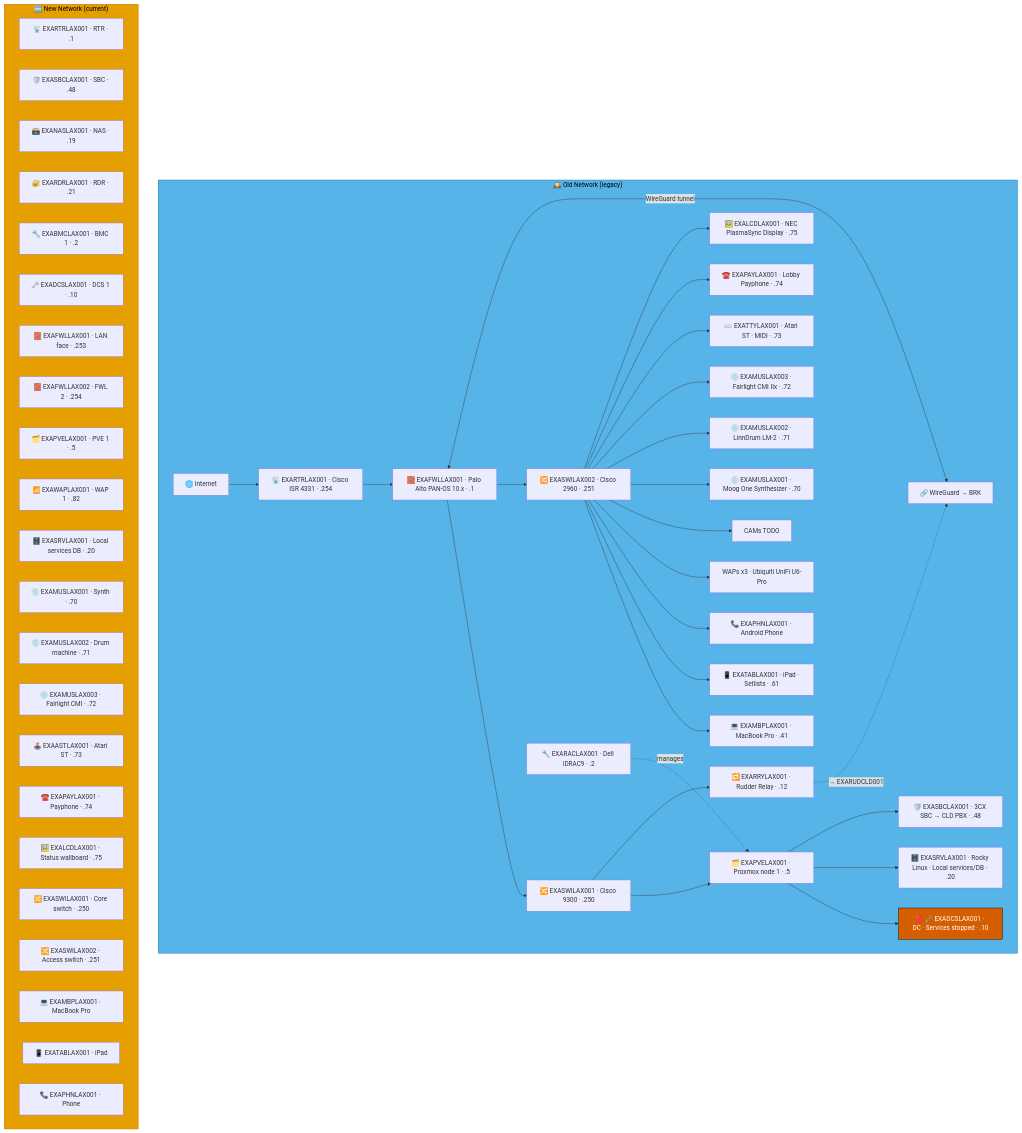
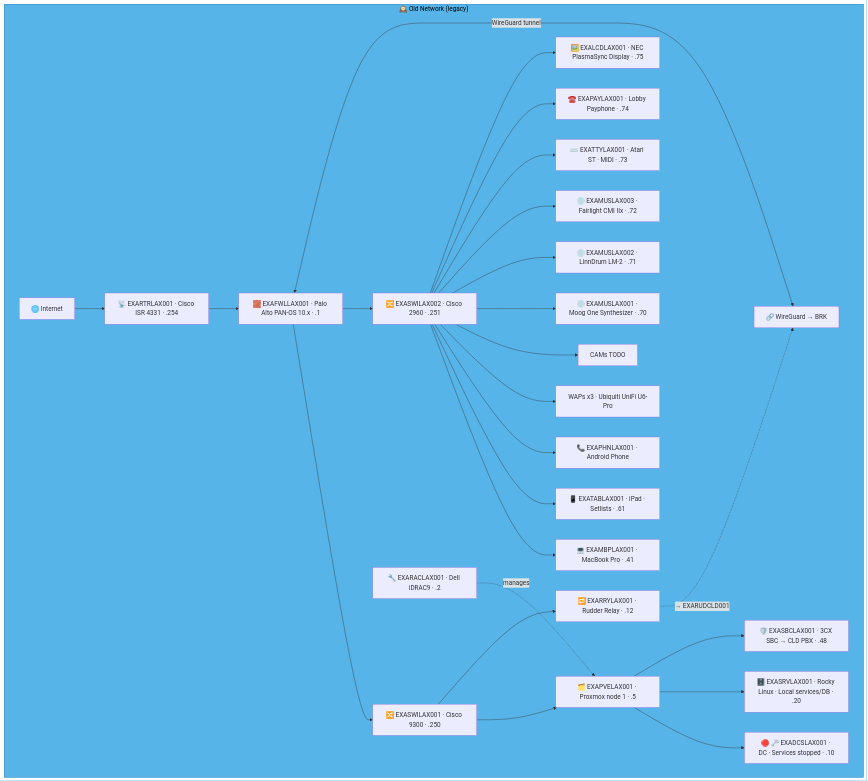
Before and after one commit to knightmare2600/example_music_infra: the first of 16 diagrams in docs/network-diagram/united-states.md, drawn with Mermaid. The commit also changed other lines of this file and 35 other files, not shown here.

````diff
--- a/docs/network-diagram/united-states.md
+++ b/docs/network-diagram/united-states.md
@@ -17,68 +17,39 @@
 ```mermaid
 graph TD
     subgraph OLD_LAX ["🕰️ Old Network (legacy)"]
       INET["🌐 Internet"]
       FWL["🧱 EXAFWLLAX001 · Palo Alto PAN-OS 10.x · .1"]
       SW1["🔀 EXASWILAX001 · Cisco 9300 · .250"]
       SW2["🔀 EXASWILAX002 · Cisco 2960 · .251"]
       RTR["📡 EXARTRLAX001 · Cisco ISR 4331 · .254"]
       RAC["🔧 EXARACLAX001 · Dell iDRAC9 · .2"]
       PVE["🗂️ EXAPVELAX001 · Proxmox node 1 · .5"]
       DC["🔴 🗝️ EXADCSLAX001 · DC · Services stopped · .10"]
       SRV["🗄️ EXASRVLAX001 · Rocky Linux · Local services/DB · .20"]
       SBC["🛡️ EXASBCLAX001 · 3CX SBC → CLD PBX · .48"]
       RRY["🔁 EXARRYLAX001 · Rudder Relay · .12"]
       MBP["💻 EXAMBPLAX001 · MacBook Pro · .41"]
       TAB["📱 EXATABLAX001 · iPad · Setlists · .61"]
       PHN["📞 EXAPHNLAX001 · Android Phone"]
       WAP["WAPs x3 · Ubiquiti UniFi U6-Pro"]
       CAM["CAMs TODO"]
       MOO["💿 EXAMUSLAX001 · Moog One Synthesizer · .70"]
       LIN["💿 EXAMUSLAX002 · LinnDrum LM-2 · .71"]
       FCL["💿 EXAMUSLAX003 · Fairlight CMI IIx · .72"]
       AST["⌨️ EXATTYLAX001 · Atari ST · MIDI · .73"]
       PAY["☎️ EXAPAYLAX001 · Lobby Payphone · .74"]
       LCD["🖼️ EXALCDLAX001 · NEC PlasmaSync Display · .75"]
       VPN["🔗 WireGuard → BRK"]
 
       INET --> RTR --> FWL --> SW1 & SW2
       SW1 --> PVE --> DC & SRV & SBC
       RAC -.->|"manages"| PVE
       SW2 --> MBP & TAB & PHN & WAP & CAM
       SW2 --> MOO & LIN & FCL & AST & PAY & LCD
       FWL <-->|"WireGuard tunnel"| VPN
 
       SW1 --> RRY
       RRY -. "→ EXARUDCLD001" .-> VPN
     end
     style OLD_LAX fill:#56B4E9,stroke:#0072B2,color:#000000
-    %% GENERATED:NEW-NETWORK:LAX:START
-    subgraph NEW_LAX ["🆕 New Network (current)"]
-      N_RTR["📡 EXARTRLAX001 · RTR · .1"]
-      N_SBC["🛡️ EXASBCLAX001 · SBC · .48"]
-      N_NAS["🗃️ EXANASLAX001 · NAS · .19"]
-      N_RDR["🔐 EXARDRLAX001 · RDR · .21"]
-      N_BMC["🔧 EXABMCLAX001 · BMC 1 · .2"]
-      N_DCS["🗝️ EXADCSLAX001 · DCS 1 · .10"]
-      N_FWL["🧱 EXAFWLLAX001 · LAN face · .253"]
-      N_FWL2["🧱 EXAFWLLAX002 · FWL 2 · .254"]
-      N_PVE["🗂️ EXAPVELAX001 · PVE 1 · .5"]
-      N_WAP["📶 EXAWAPLAX001 · WAP 1 · .82"]
-      N_SRV["🗄️ EXASRVLAX001 · Local services DB · .20"]
-      N_MUS["💿 EXAMUSLAX001 · Synth · .70"]
-      N_MUS2["💿 EXAMUSLAX002 · Drum machine · .71"]
-      N_MUS3["💿 EXAMUSLAX003 · Fairlight CMI · .72"]
-      N_AST["🕹️ EXAASTLAX001 · Atari ST · .73"]
-      N_PAY["☎️ EXAPAYLAX001 · Payphone · .74"]
-      N_LCD["🖼️ EXALCDLAX001 · Status wallboard · .75"]
-      N_SWI["🔀 EXASWILAX001 · Core switch · .250"]
-      N_SWI2["🔀 EXASWILAX002 · Access switch · .251"]
-      N_MBP["💻 EXAMBPLAX001 · MacBook Pro"]
-      N_TAB["📱 EXATABLAX001 · iPad"]
-      N_PHN["📞 EXAPHNLAX001 · Phone"]
-    end
-    style NEW_LAX fill:#E69F00,stroke:#D55E00,color:#000000
-    %% GENERATED:NEW-NETWORK:LAX:END
-    classDef warn fill:#D55E00,stroke:#000000,color:#ffffff
-    class DC warn
 ```
````
